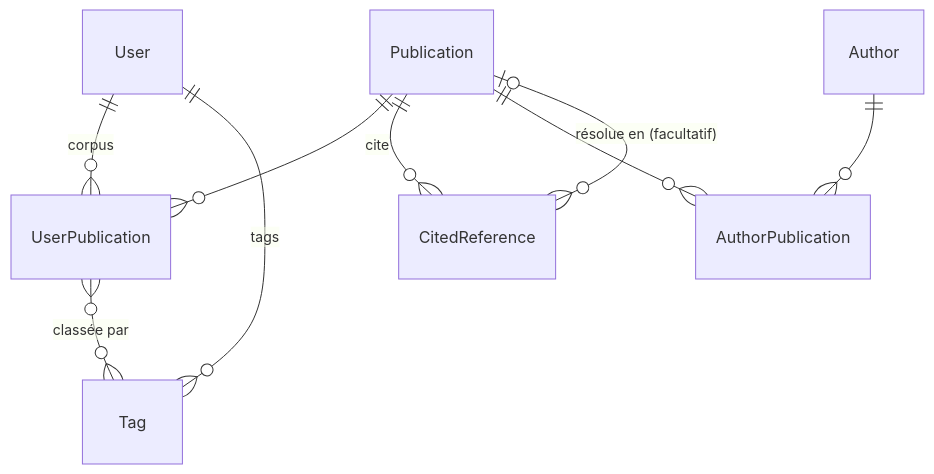
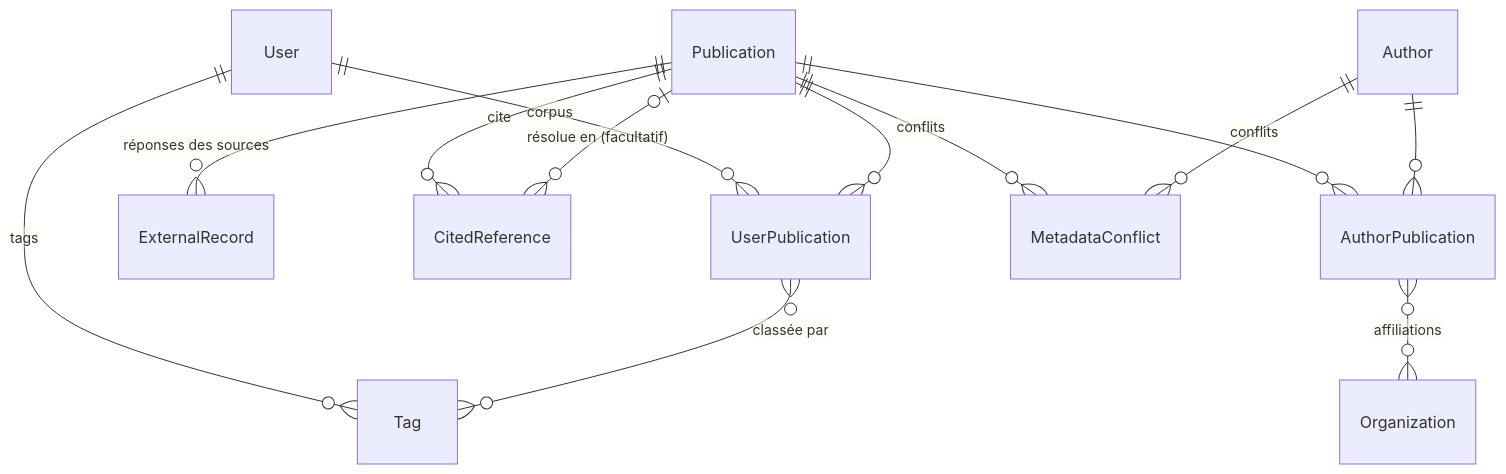
One commit to tanguycadoux/research-paper-relationship-graph changed the diagram in docs/architecture.md. Above: the diagram before and after it, drawn with Mermaid. The commit also changed other lines of this file and 7 other files, not shown here.

First line of the commit message:
docs: découper l'architecture et schématiser la récupération des métadonnées

````diff
--- a/docs/architecture.md
+++ b/docs/architecture.md
@@ -131,11 +152,15 @@
 ```mermaid
 erDiagram
     User ||--o{ UserPublication : "corpus"
     Publication ||--o{ UserPublication : ""
     User ||--o{ Tag : "tags"
     UserPublication }o--o{ Tag : "classée par"
+    Publication ||--o{ ExternalRecord : "réponses des sources"
     Publication ||--o{ CitedReference : "cite"
     CitedReference }o--o| Publication : "résolue en (facultatif)"
     Publication ||--o{ AuthorPublication : ""
     Author ||--o{ AuthorPublication : ""
+    AuthorPublication }o--o{ Organization : "affiliations"
+    Publication ||--o{ MetadataConflict : "conflits"
+    Author ||--o{ MetadataConflict : "conflits"
 ```
````
